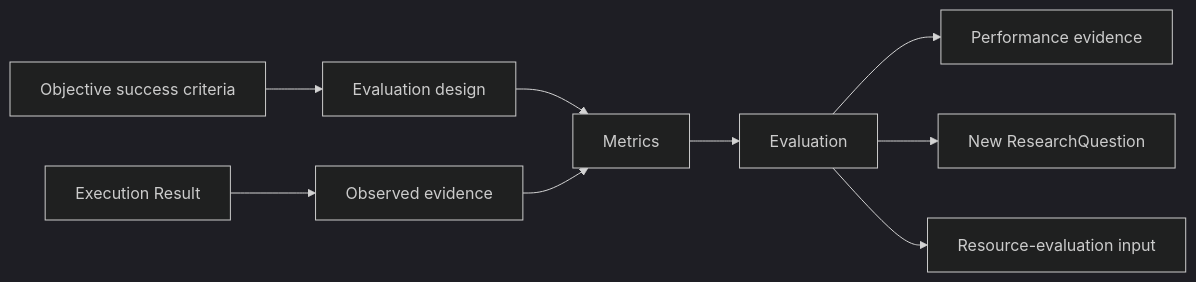
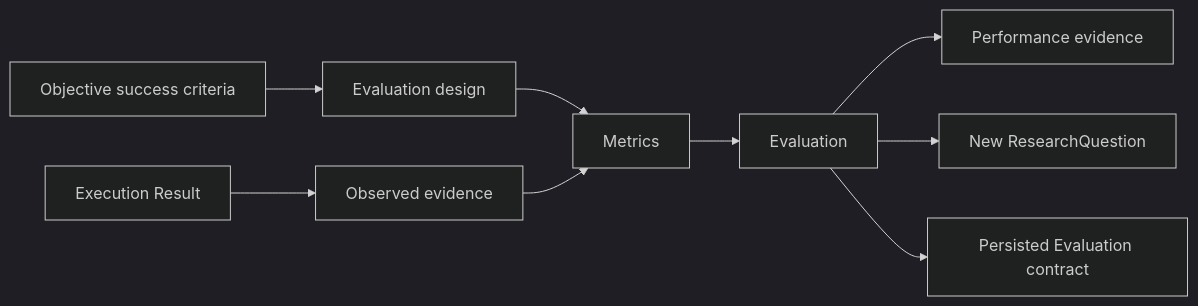
Before and after one commit to Node-Features/company-os: the diagram in docs/departments/monitoring-evaluation.md, drawn with Mermaid (dark theme). The commit also changed other lines of this file and 3 other files, not shown here.

````diff
--- a/docs/departments/monitoring-evaluation.md
+++ b/docs/departments/monitoring-evaluation.md
@@ -49,11 +49,11 @@
 ```mermaid
 flowchart LR
     Expected[Objective success criteria] --> Design[Evaluation design]
     Result[Execution Result] --> Evidence[Observed evidence]
     Design --> Metric[Metrics]
     Evidence --> Metric
     Metric --> Evaluation[Evaluation]
     Evaluation --> Profile[Performance evidence]
     Evaluation --> Question[New ResearchQuestion]
-    Evaluation --> Finance[Resource-evaluation input]
+    Evaluation --> Published[Persisted Evaluation contract]
 ```
````
